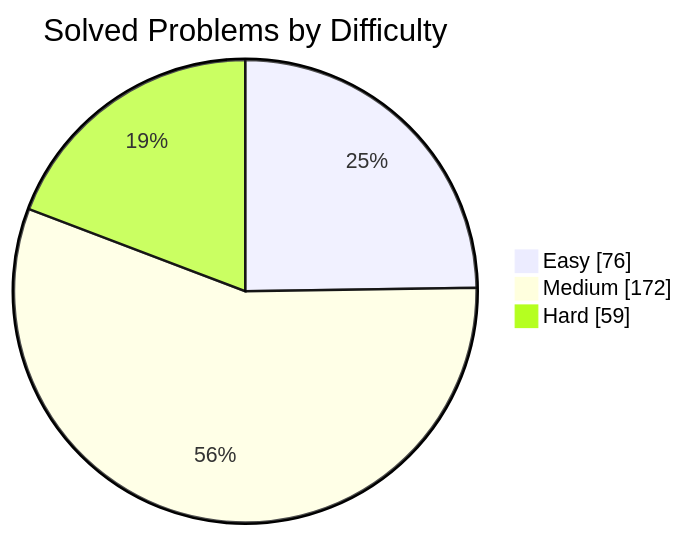
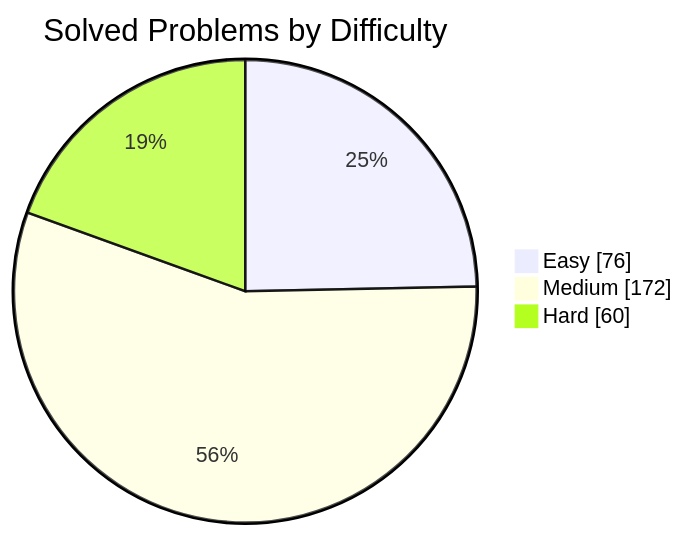
One commit to manikantbindass/DSA-Preparation-FAANG changed the first of 2 diagrams in README.md. Above: the diagram before and after it, drawn with Mermaid. The commit also changed other lines of this file and 1 other file, not shown here.

````diff
--- a/README.md
+++ b/README.md
@@ -77,7 +77,7 @@
 ```mermaid
 pie showData
     title Solved Problems by Difficulty
     "Easy" : 76
     "Medium" : 172
-    "Hard" : 59
+    "Hard" : 60
 ```
````
